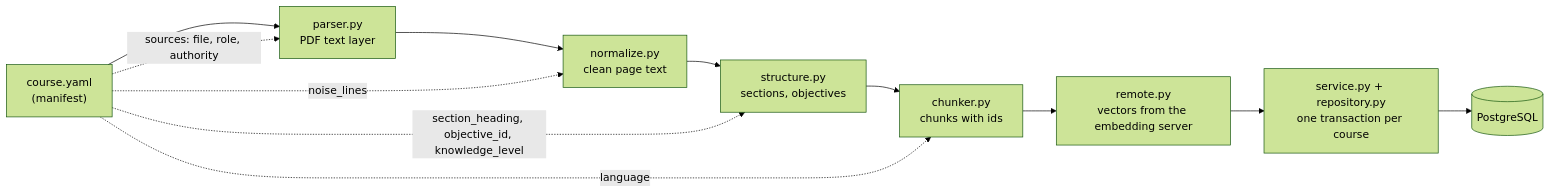
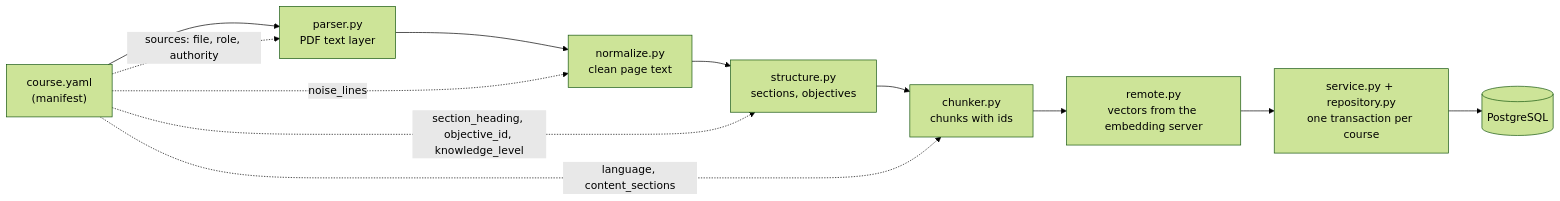
One commit to a-kapset/study-assistant changed the second of 2 diagrams in app/README.md. Above: the diagram before and after it, drawn with Mermaid (forest theme). The commit also changed 8 other files, not shown here.

````diff
--- a/app/README.md
+++ b/app/README.md
@@ -326,14 +326,14 @@
 ```mermaid
 flowchart LR
     M["course.yaml<br/>(manifest)"] --> P["parser.py<br/>PDF text layer"]
     P --> N["normalize.py<br/>clean page text"]
     N --> S["structure.py<br/>sections, objectives"]
     S --> C["chunker.py<br/>chunks with ids"]
     C --> E["remote.py<br/>vectors from the embedding server"]
     E --> R["service.py + repository.py<br/>one transaction per course"]
     R --> DB[("PostgreSQL")]
     M -. "sources: file, role, authority" .-> P
     M -. "noise_lines" .-> N
     M -. "section_heading, objective_id, knowledge_level" .-> S
-    M -. "language" .-> C
+    M -. "language, content_sections" .-> C
 ```
````
